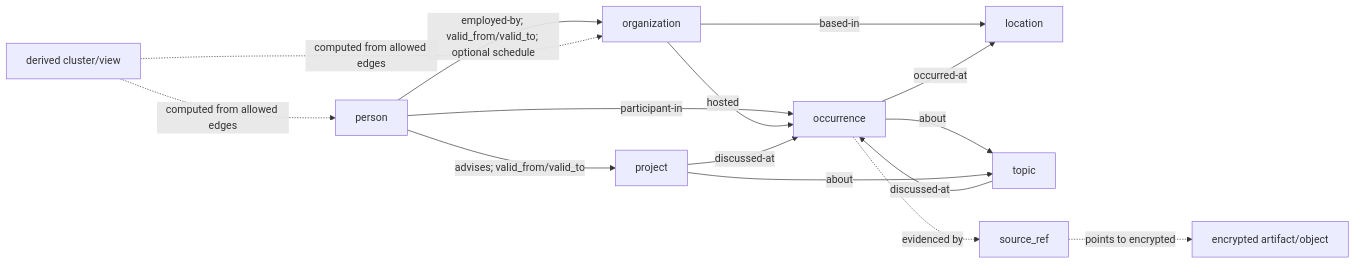
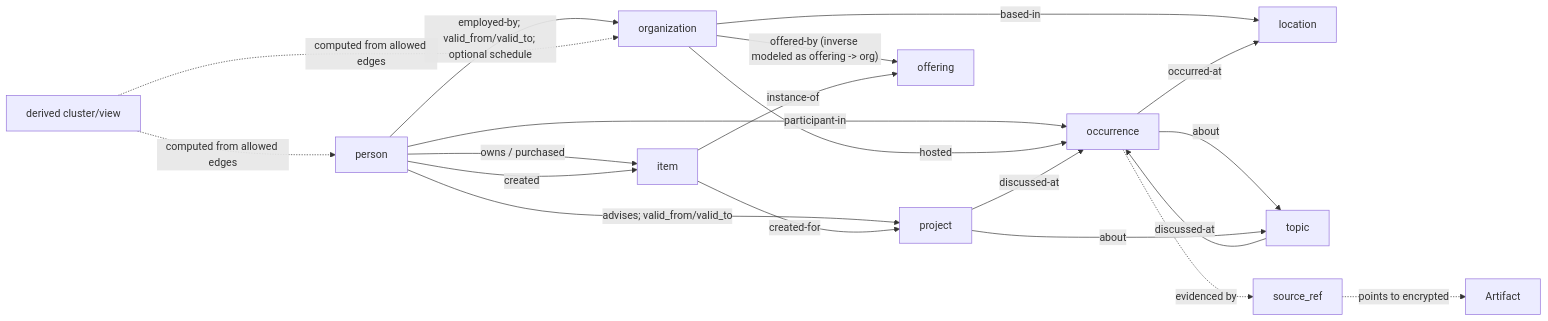
Before and after one commit to ProvisioInsights/LivingAtlas: the second of 2 diagrams in docs/temporal-edge-model/entity-temporal-schema-map.md, drawn with Mermaid. The commit also changed other lines of this file and 170 other files, not shown here.

````diff
--- a/docs/temporal-edge-model/entity-temporal-schema-map.md
+++ b/docs/temporal-edge-model/entity-temporal-schema-map.md
@@ -307,30 +380,36 @@
 ```mermaid
 flowchart LR
   Person["person"]
   Org["organization"]
   Project["project"]
   Location["location"]
   Occurrence["occurrence"]
   Topic["topic"]
+  Offering["offering"]
+  Item["item"]
 
   Source["source_ref"]
-  Artifact["encrypted artifact/object"]
   View["derived cluster/view"]
 
   Person -->|"employed-by; valid_from/valid_to; optional schedule"| Org
   Person -->|"advises; valid_from/valid_to"| Project
+  Org -->|"offered-by (inverse modeled as offering -> org)"| Offering
+  Item -->|"instance-of"| Offering
+  Person -->|"owns / purchased"| Item
+  Person -->|"created"| Item
+  Item -->|"created-for"| Project
   Org -->|"based-in"| Location
 
   Person -->|"participant-in"| Occurrence
   Org -->|"hosted"| Occurrence
   Project -->|"discussed-at"| Occurrence
   Topic -->|"discussed-at"| Occurrence
   Occurrence -->|"about"| Topic
   Project -->|"about"| Topic
   Occurrence -->|"occurred-at"| Location
 
   Occurrence -. "evidenced by" .-> Source
   Source -. "points to encrypted" .-> Artifact
   View -. "computed from allowed edges" .-> Person
   View -. "computed from allowed edges" .-> Org
 ```
````
